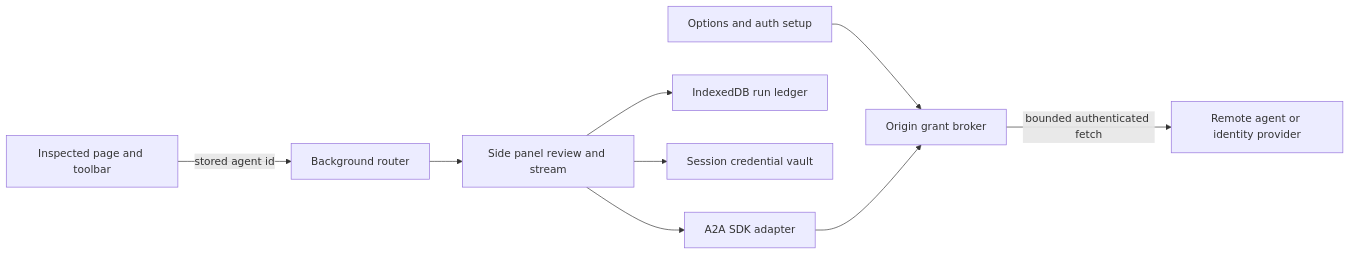
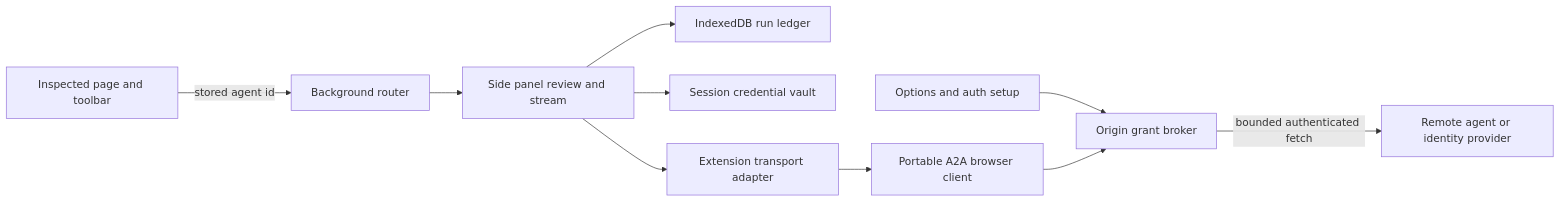
One commit to whizzzkid/point-and-shoot changed the first of 2 diagrams in docs/plans/A2A-client/arch-review.md. Above: the diagram before and after it, drawn with Mermaid. The commit also changed other lines of this file and 6 other files, not shown here.

First line of the commit message:
docs(a2a): 📝 plan the portable browser client

````diff
--- a/docs/plans/A2A-client/arch-review.md
+++ b/docs/plans/A2A-client/arch-review.md
@@ -323,11 +347,12 @@
 ```mermaid
 flowchart LR
   Page["Inspected page and toolbar"] -->|"stored agent id"| Router["Background router"]
   Router --> Panel["Side panel review and stream"]
   Options["Options and auth setup"] --> Broker["Origin grant broker"]
   Panel --> Ledger["IndexedDB run ledger"]
   Panel --> Vault["Session credential vault"]
-  Panel --> Client["A2A SDK adapter"]
+  Panel --> Adapter["Extension transport adapter"]
+  Adapter --> Client["Portable A2A browser client"]
   Client --> Broker
   Broker -->|"bounded authenticated fetch"| Agent["Remote agent or identity provider"]
 ```
````
